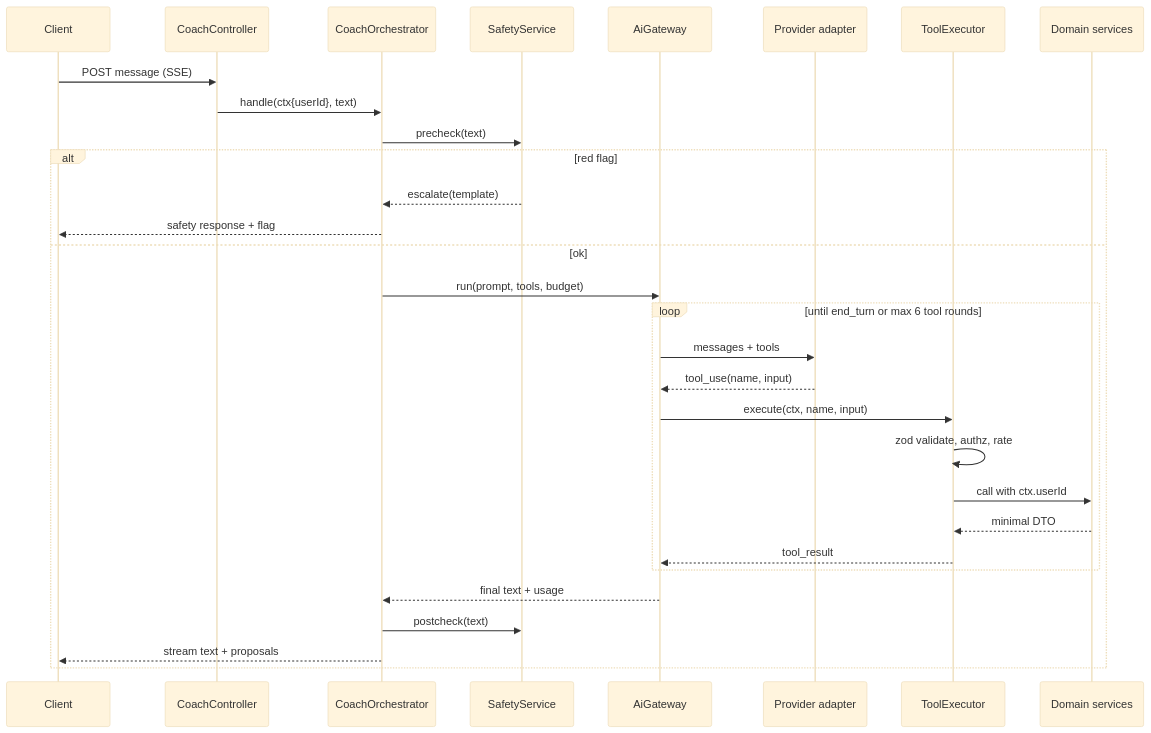
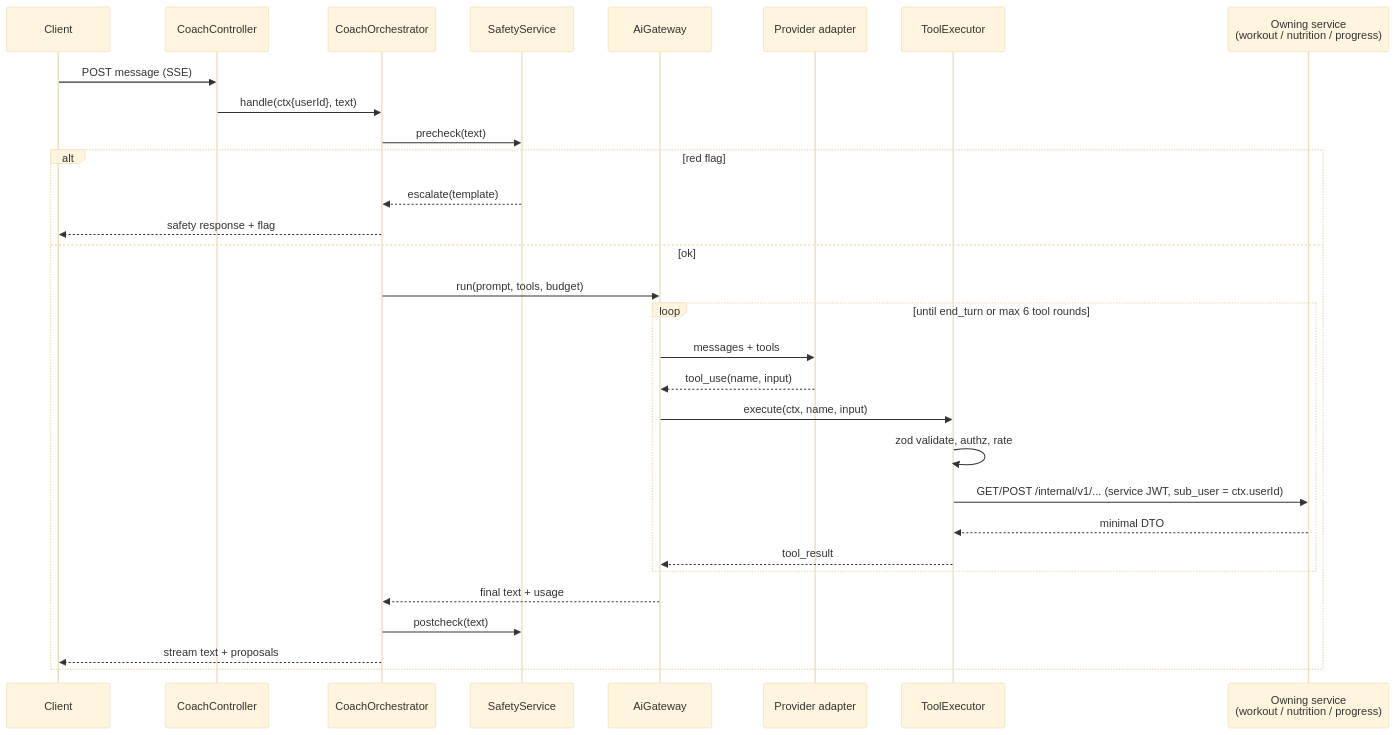
The third of 3 diagrams in docs/architecture/architecture-diagrams.md (master-node1/theauracoach), drawn with Mermaid (base theme) before and after one commit. The commit also changed other lines of this file and 37 other files, not shown here.

````diff
--- a/docs/architecture/architecture-diagrams.md
+++ b/docs/architecture/architecture-diagrams.md
@@ -88,32 +81,32 @@
 ```mermaid
 sequenceDiagram
   participant C as Client
   participant Ctl as CoachController
   participant Orc as CoachOrchestrator
   participant Saf as SafetyService
   participant Gw as AiGateway
   participant P as Provider adapter
   participant T as ToolExecutor
-  participant Svc as Domain services
+  participant Svc as Owning service<br/>(workout / nutrition / progress)
   C->>Ctl: POST message (SSE)
   Ctl->>Orc: handle(ctx{userId}, text)
   Orc->>Saf: precheck(text)
   alt red flag
     Saf-->>Orc: escalate(template)
     Orc-->>C: safety response + flag
   else ok
     Orc->>Gw: run(prompt, tools, budget)
     loop until end_turn or max 6 tool rounds
       Gw->>P: messages + tools
       P-->>Gw: tool_use(name, input)
       Gw->>T: execute(ctx, name, input)
       T->>T: zod validate, authz, rate
-      T->>Svc: call with ctx.userId
+      T->>Svc: GET/POST /internal/v1/... (service JWT, sub_user = ctx.userId)
       Svc-->>T: minimal DTO
       T-->>Gw: tool_result
     end
     Gw-->>Orc: final text + usage
     Orc->>Saf: postcheck(text)
     Orc-->>C: stream text + proposals
   end
 ```
````
